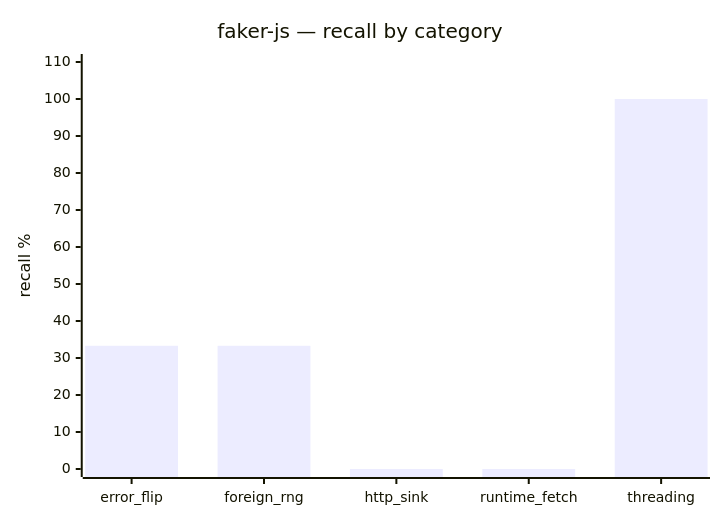
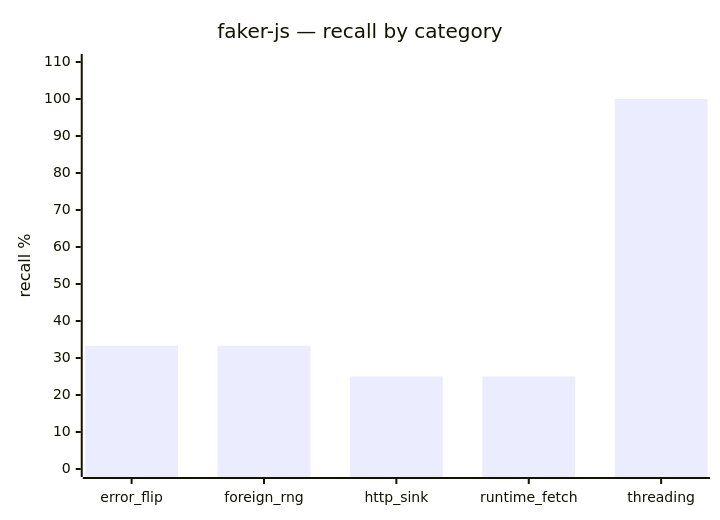
One commit to get-tmonier/argot changed the sixth of 6 diagrams in benchmarks/results/baseline/latest/report.md. Above: the diagram before and after it, drawn with Mermaid. The commit also changed other lines of this file and 22 other files, not shown here.

````diff
--- a/benchmarks/results/baseline/latest/report.md
+++ b/benchmarks/results/baseline/latest/report.md
@@ -556,7 +575,7 @@
 ```mermaid
 xychart-beta
     title "faker-js — recall by category"
     x-axis ["error_flip", "foreign_rng", "http_sink", "runtime_fetch", "threading"]
     y-axis "recall %" 0 --> 110
-    bar [33.3, 33.3, 0.0, 0.0, 100.0]
+    bar [33.3, 33.3, 25.0, 25.0, 100.0]
 ```
````
